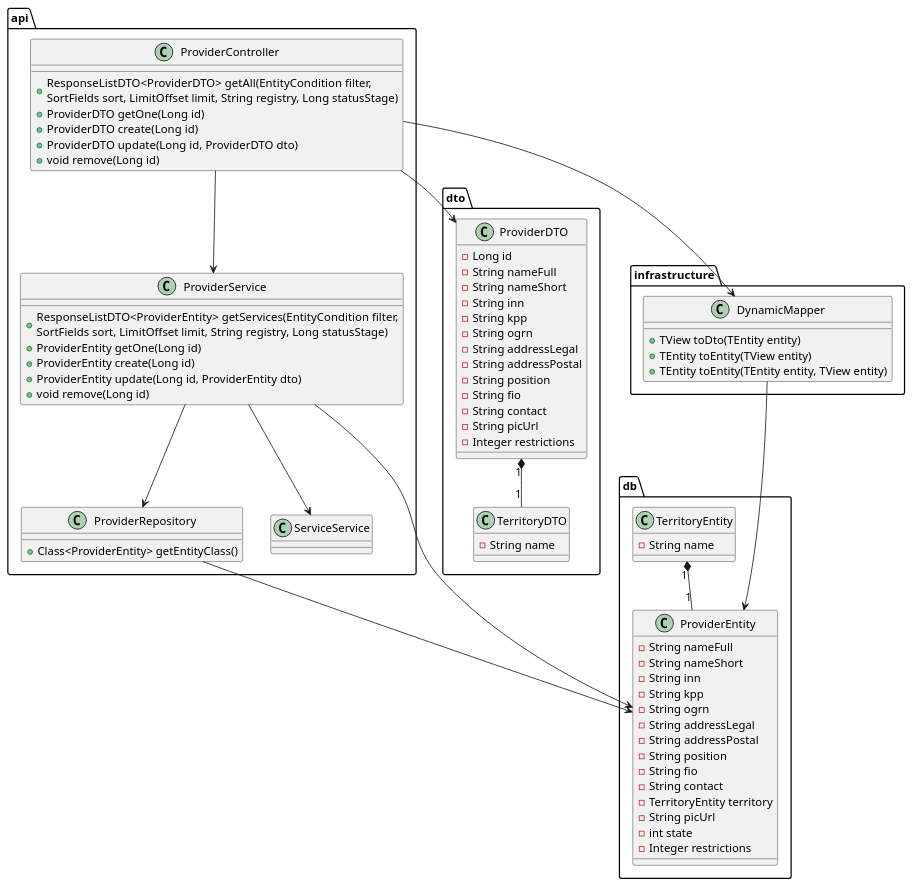
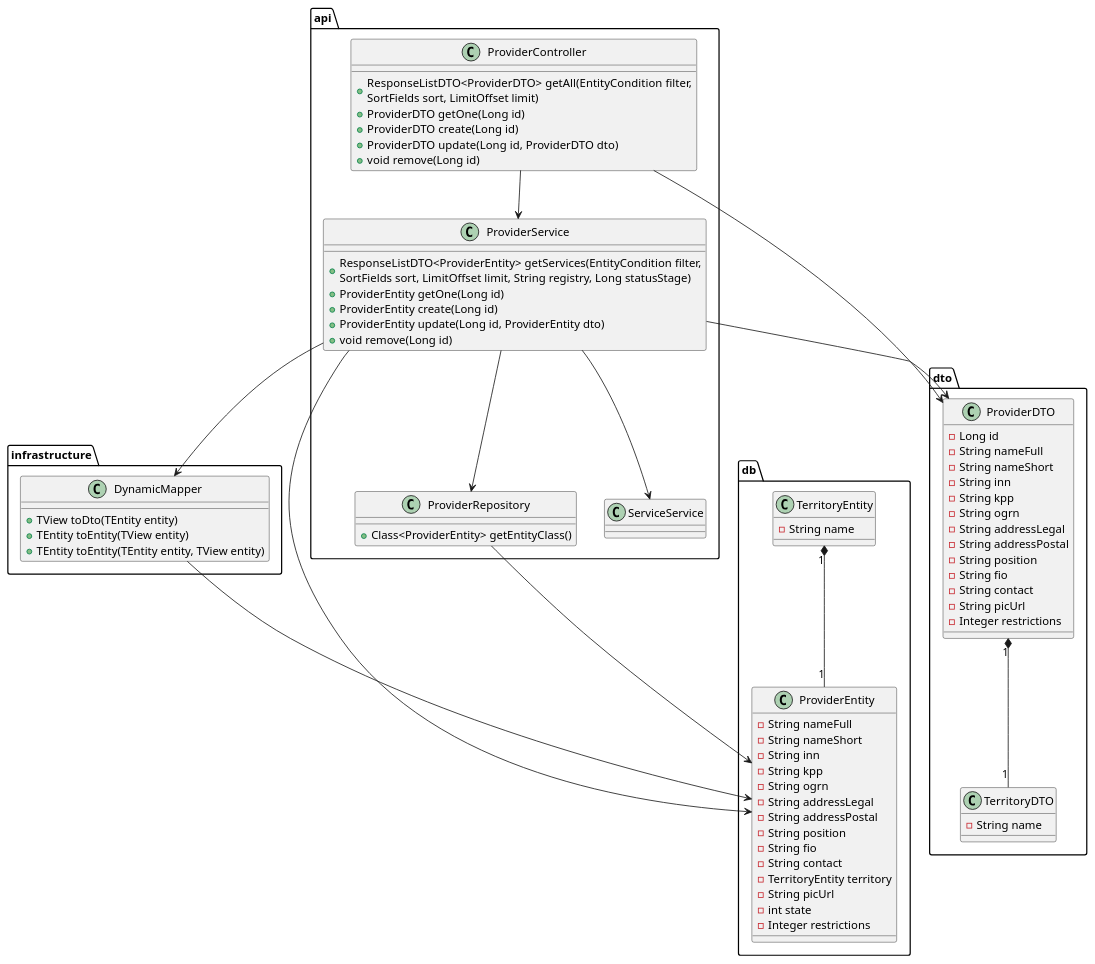
One commit to yespeace13/path-to-end changed the diagram in api-classes/api-classes-services-provider.puml. Above: the diagram before and after it, drawn with PlantUML. The commit also changed 2 other files, not shown here.

```diff
--- a/api-classes/api-classes-services-provider.puml
+++ b/api-classes/api-classes-services-provider.puml
@@ -1,94 +1,95 @@
 @startuml
 package api {
   class ProviderController {
-    + ResponseListDTO<ProviderDTO> getAll(EntityCondition filter,\nSortFields sort, LimitOffset limit, String registry, Long statusStage)
+    + ResponseListDTO<ProviderDTO> getAll(EntityCondition filter,\nSortFields sort, LimitOffset limit)
     + ProviderDTO getOne(Long id)
     + ProviderDTO create(Long id)
     + ProviderDTO update(Long id, ProviderDTO dto)
     + void remove(Long id)
   }
 
   class ProviderService {
     + ResponseListDTO<ProviderEntity> getServices(EntityCondition filter,\nSortFields sort, LimitOffset limit, String registry, Long statusStage)
     + ProviderEntity getOne(Long id)
     + ProviderEntity create(Long id)
     + ProviderEntity update(Long id, ProviderEntity dto)
     + void remove(Long id)
   }
 
   class ProviderRepository {
     + Class<ProviderEntity> getEntityClass()
   }
 
   class ServiceService {
   }
 }
 
 class infrastructure.DynamicMapper {
   + TView toDto(TEntity entity)
   + TEntity toEntity(TView entity)
   + TEntity toEntity(TEntity entity, TView entity)
 }
 package dto {
   class ProviderDTO {
   - Long id
   - String nameFull
   - String nameShort
   - String inn
   - String kpp
   - String ogrn
   - String addressLegal
   - String addressPostal
   - String position
   - String fio
   - String contact
   - String picUrl
   - Integer restrictions
   }
 
   class TerritoryDTO {
     - String name
   }
 
   ProviderDTO "1" *-- "1" TerritoryDTO
 }
 
 
 package db {
 
   class TerritoryEntity {
   - String name
   }
 
   class ProviderEntity {
   - String nameFull
   - String nameShort
   - String inn
   - String kpp
   - String ogrn
   - String addressLegal
   - String addressPostal
   - String position
   - String fio
   - String contact
   - TerritoryEntity territory
   - String picUrl
   - int state
   - Integer restrictions
   }
 
   TerritoryEntity "1" *-- "1" ProviderEntity
 }
 ProviderController --> ProviderDTO
 ProviderController --> ProviderService
-ProviderController --> DynamicMapper
 
+ProviderService --> ProviderDTO
+ProviderService --> DynamicMapper
 ProviderService --> ProviderRepository
 ProviderService --> ProviderEntity
 ProviderService --> ServiceService
 
 ProviderRepository --> ProviderEntity
 
 DynamicMapper --> ProviderEntity
 
 @enduml
```
